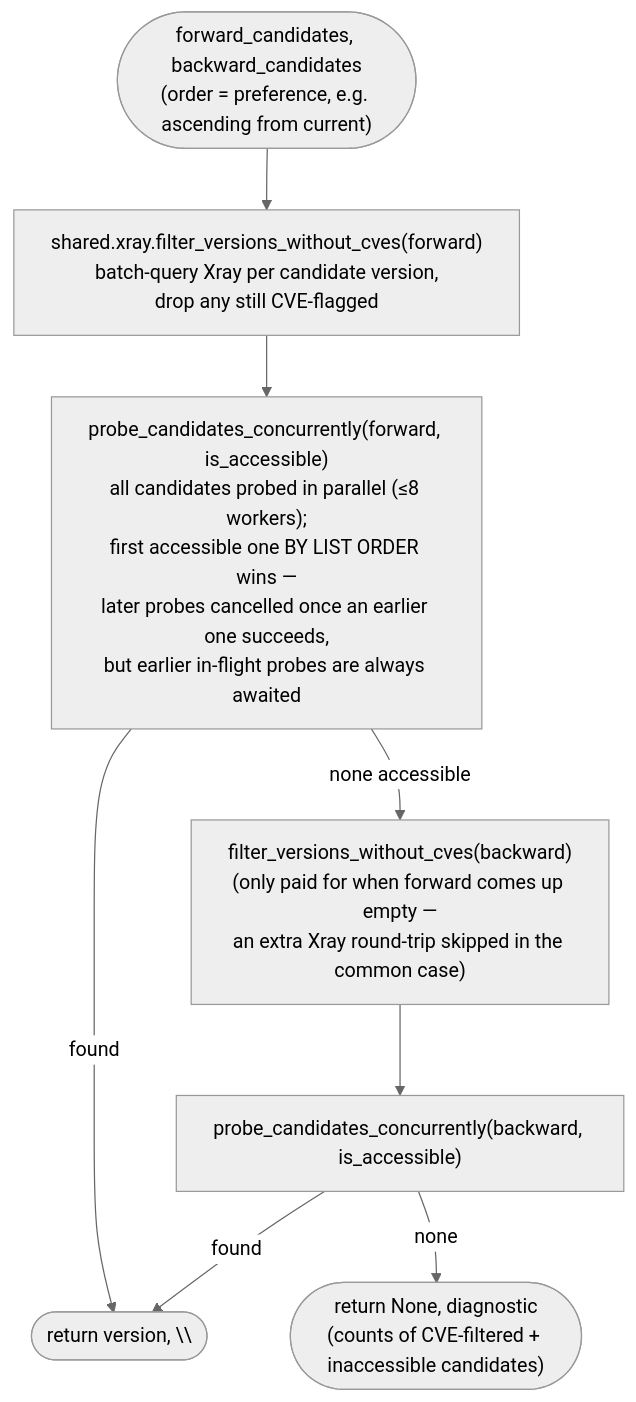
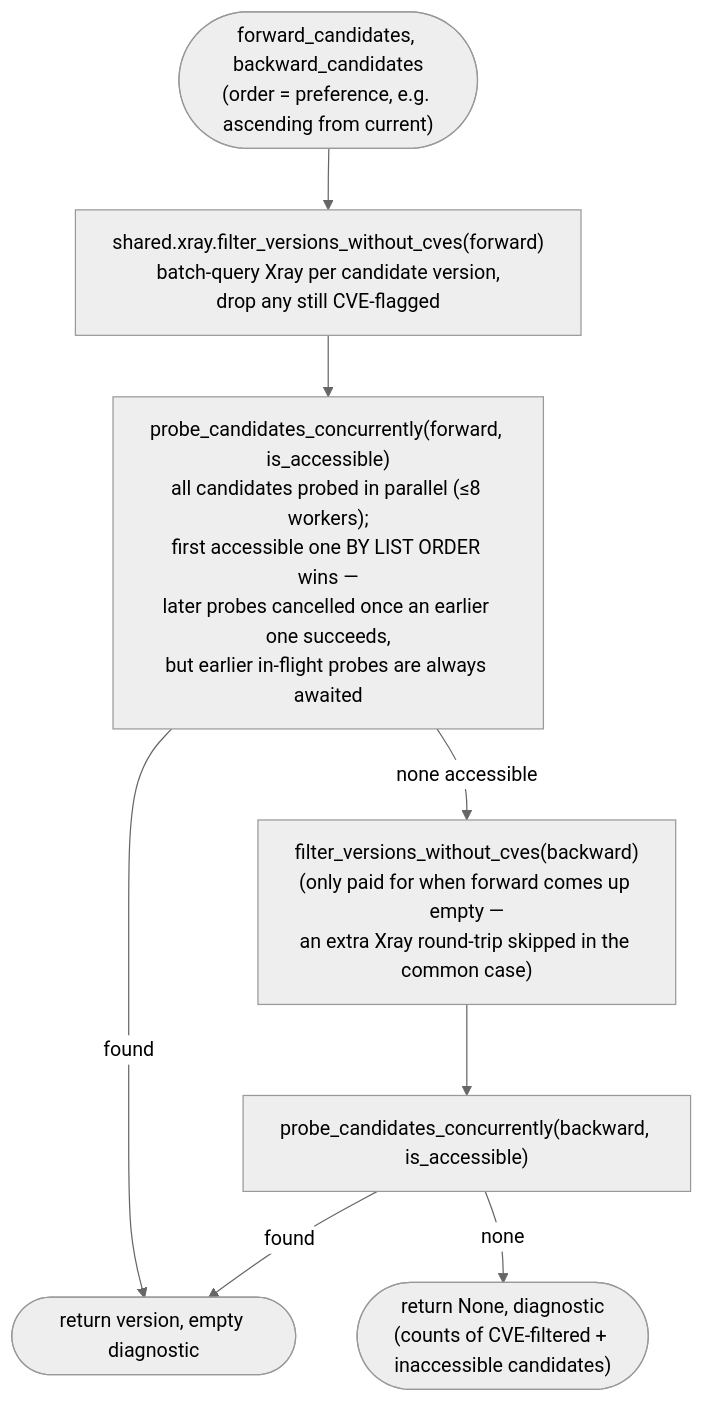
One commit to joshuachen6/package_update changed the third of 6 diagrams in flowchart.md. Above: the diagram before and after it, drawn with Mermaid (neutral theme). The commit also changed other lines of this file, not shown here.

````diff
--- a/flowchart.md
+++ b/flowchart.md
@@ -68,10 +68,10 @@
 ```mermaid
 flowchart TD
     START(["forward_candidates, backward_candidates\n(order = preference, e.g. ascending from current)"]) --> CVEFWD["shared.xray.filter_versions_without_cves(forward)\nbatch-query Xray per candidate version,\ndrop any still CVE-flagged"]
     CVEFWD --> PROBEFWD["probe_candidates_concurrently(forward, is_accessible)\nall candidates probed in parallel (≤8 workers);\nfirst accessible one BY LIST ORDER wins —\nlater probes cancelled once an earlier one succeeds,\nbut earlier in-flight probes are always awaited"]
-    PROBEFWD -->|found| RESULT(["return version, \"\""])
+    PROBEFWD -->|found| RESULT(["return version, empty diagnostic"])
     PROBEFWD -->|none accessible| CVEBACK["filter_versions_without_cves(backward)\n(only paid for when forward comes up empty —\nan extra Xray round-trip skipped in the common case)"]
     CVEBACK --> PROBEBACK["probe_candidates_concurrently(backward, is_accessible)"]
     PROBEBACK -->|found| RESULT
     PROBEBACK -->|none| NONE(["return None, diagnostic\n(counts of CVE-filtered + inaccessible candidates)"])
 ```
````
